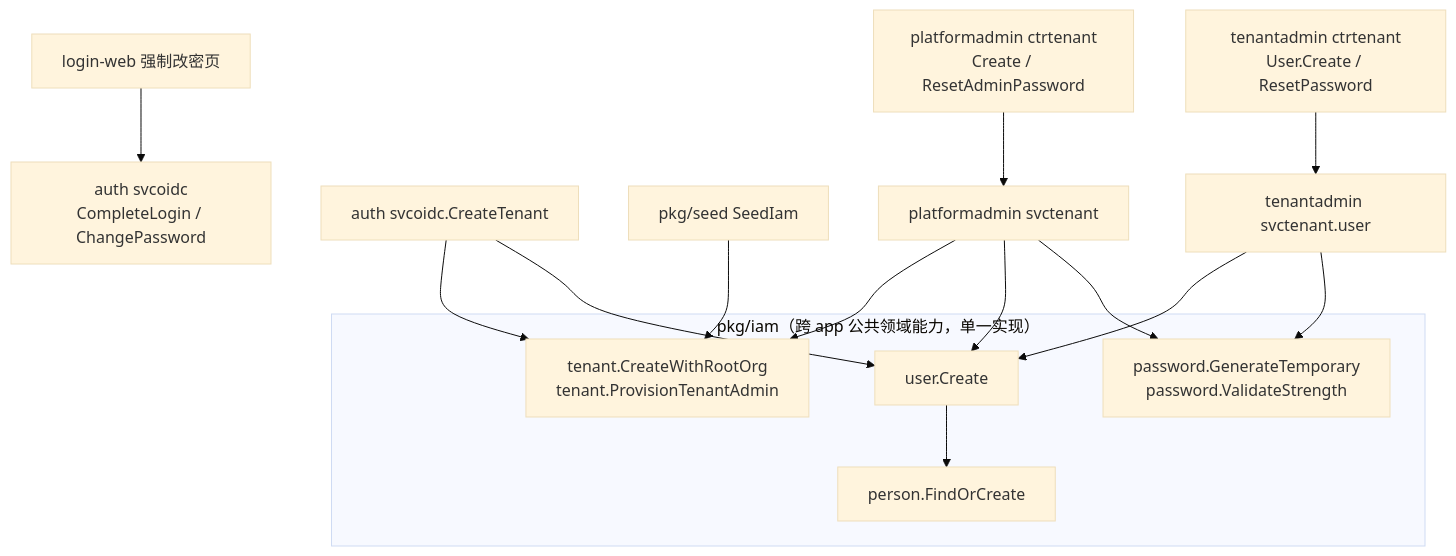
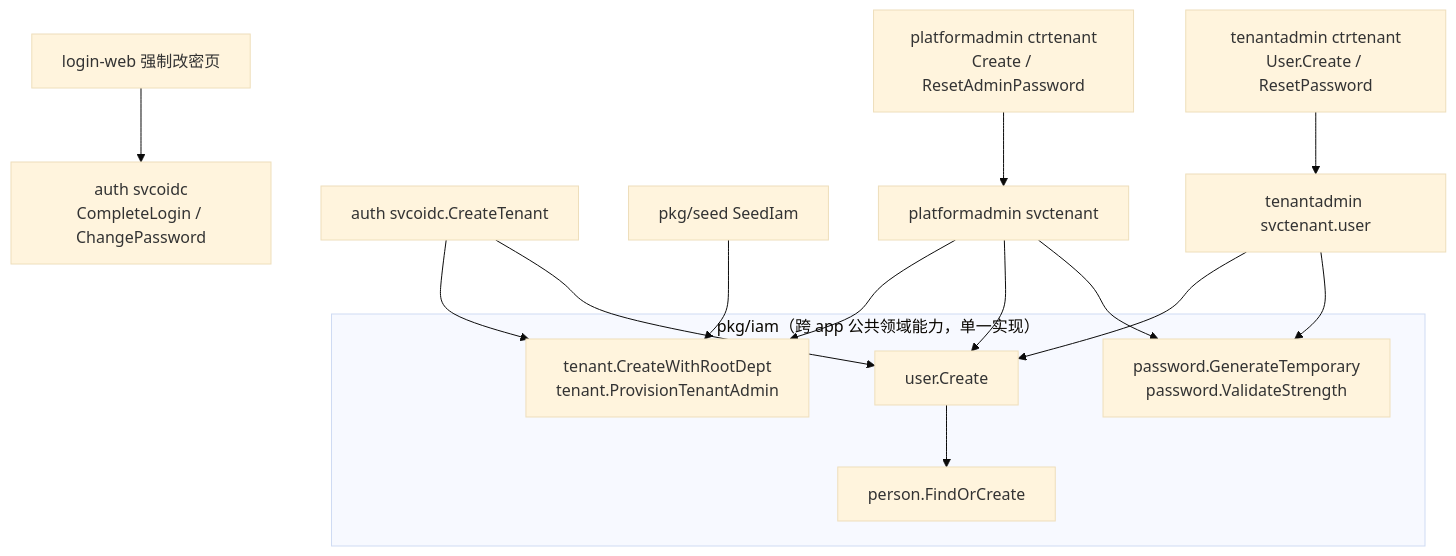
Before and after one commit to morehao/ark-iam: the first of 4 diagrams in docs/design/tenant-admin-provisioning-design-20260912.md, drawn with Mermaid (base theme). The commit also changed other lines of this file and 107 other files, not shown here.

````diff
--- a/docs/design/tenant-admin-provisioning-design-20260912.md
+++ b/docs/design/tenant-admin-provisioning-design-20260912.md
@@ -138,32 +138,32 @@
 ```mermaid
 flowchart TB
     platformCtr["platformadmin ctrtenant<br>Create / ResetAdminPassword"]
     tenantCtr["tenantadmin ctrtenant<br>User.Create / ResetPassword"]
     authSvc["auth svcoidc<br>CompleteLogin / ChangePassword"]
     authSelfSvc["auth svcoidc.CreateTenant"]
     seedPkg["pkg/seed SeedIam"]
 
     tenantSvc["platformadmin svctenant"]
     userSvc["tenantadmin svctenant.user"]
     loginWeb["login-web 强制改密页"]
 
     subgraph iam["pkg/iam（跨 app 公共领域能力，单一实现）"]
-        tenantCap["tenant.CreateWithRootOrg<br>tenant.ProvisionTenantAdmin"]
+        tenantCap["tenant.CreateWithRootDept<br>tenant.ProvisionTenantAdmin"]
         userCap["user.Create"]
         personCap["person.FindOrCreate"]
         pwdCap["password.GenerateTemporary<br>password.ValidateStrength"]
     end
 
     platformCtr --> tenantSvc
     tenantCtr --> userSvc
     loginWeb --> authSvc
     tenantSvc --> tenantCap
     tenantSvc --> userCap
     tenantSvc --> pwdCap
     userSvc --> userCap
     userSvc --> pwdCap
     seedPkg --> tenantCap
     authSelfSvc --> tenantCap
     authSelfSvc --> userCap
     userCap --> personCap
 ```
````
